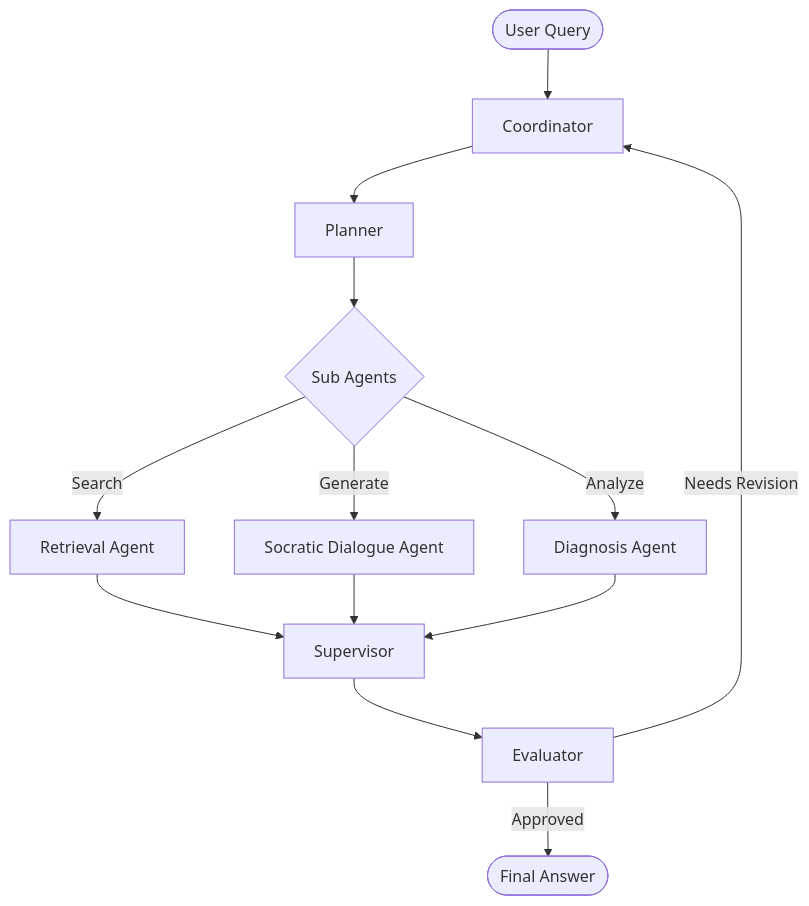
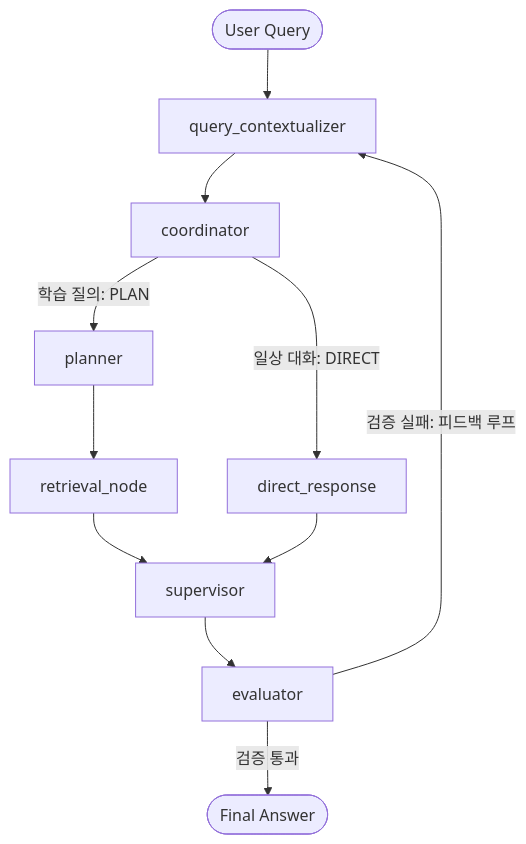
One commit to devCollegit/SocrAItes changed the second of 2 diagrams in docs/System_Design.md. Above: the diagram before and after it, drawn with Mermaid. The commit also changed other lines of this file, not shown here.

Commit message:
docs: upgrade System_Design.md to include multi-turn query contextualization and detailed node specifications with concrete examples

````diff
--- a/docs/System_Design.md
+++ b/docs/System_Design.md
@@ -42,19 +46,17 @@
 ```mermaid
 flowchart TD
-    User([User Query]) --> Coordinator
+    User([User Query]) --> query_contextualizer
+    query_contextualizer --> coordinator
     
-    Coordinator --> Planner
-    Planner --> SubAgents{Sub Agents}
+    coordinator -->|학습 질의: PLAN| planner
+    coordinator -->|일상 대화: DIRECT| direct_response
     
-    SubAgents --> |Search| RetrievalAgent[Retrieval Agent]
-    SubAgents --> |Generate| SocraticAgent[Socratic Dialogue Agent]
-    SubAgents --> |Analyze| DiagnosisAgent[Diagnosis Agent]
+    planner --> retrieval_node
+    retrieval_node --> supervisor
     
-    RetrievalAgent --> Supervisor
-    SocraticAgent --> Supervisor
-    DiagnosisAgent --> Supervisor
+    direct_response --> supervisor
+    supervisor --> evaluator
     
-    Supervisor --> Evaluator
-    Evaluator -->|Needs Revision| Coordinator
-    Evaluator -->|Approved| FinalAnswer([Final Answer])
+    evaluator -->|검증 통과| FinalAnswer([Final Answer])
+    evaluator -->|검증 실패: 피드백 루프| query_contextualizer
 ```
````
